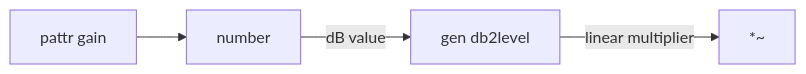
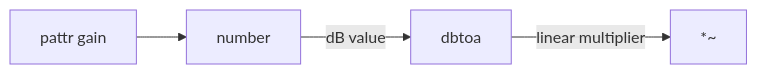
One commit to signalcompose/maxmcp changed the tenth of 15 diagrams in plugins/maxmcp/skills/max-techniques/reference/tips.md. Above: the diagram before and after it, drawn with Mermaid. The commit also changed other lines of this file and 19 other files, not shown here.

````diff
--- a/plugins/maxmcp/skills/max-techniques/reference/tips.md
+++ b/plugins/maxmcp/skills/max-techniques/reference/tips.md
@@ -243,6 +244,6 @@
 ```mermaid
 flowchart LR
   pg["pattr gain"] --> n["number"]
-  n -- "dB value" --> gen["gen db2level"]
+  n -- "dB value" --> gen["dbtoa"]
   gen -- "linear multiplier" --> mul["*~"]
 ```
````
